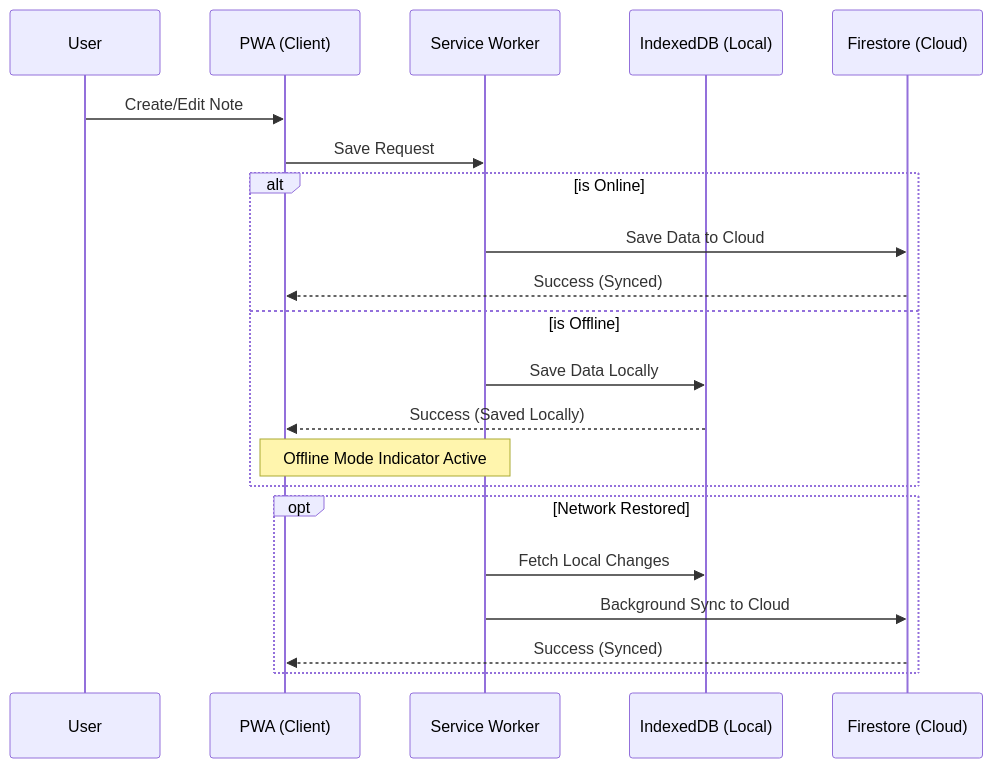
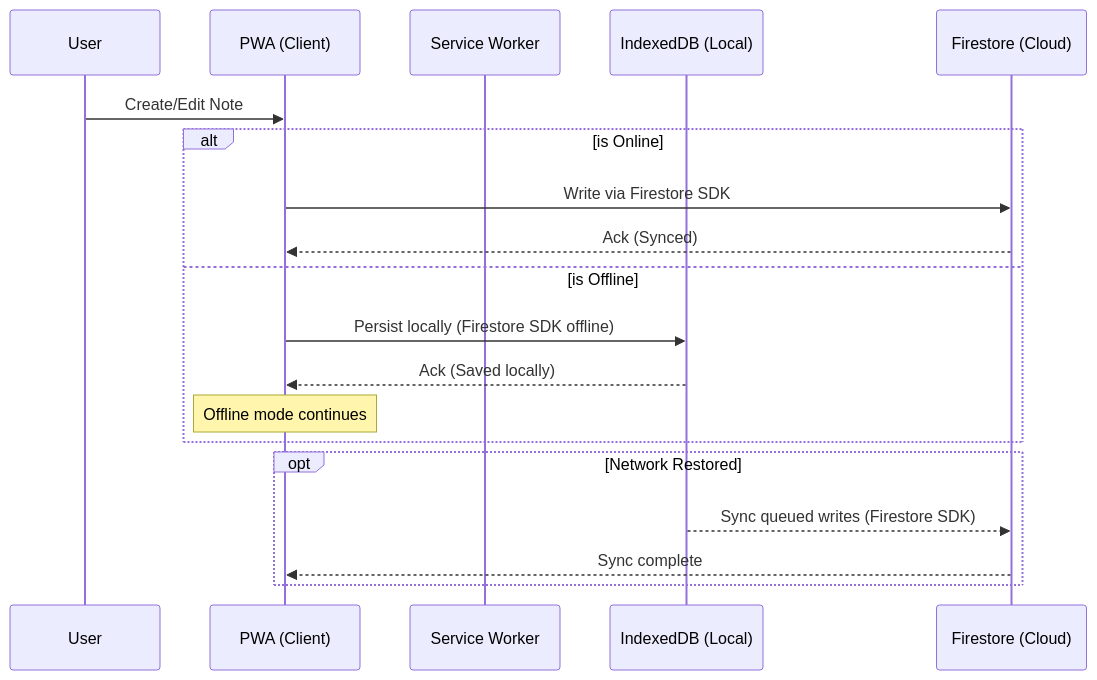
The second of 4 diagrams in README.md (Lint2016/notesBook), drawn with Mermaid before and after one commit. The commit also changed other lines of this file and 3 other files, not shown here.

Commit message:
app flow diagram modified

````diff
--- a/README.md
+++ b/README.md
@@ -66,25 +66,23 @@
 ```mermaid
 sequenceDiagram
     participant U as User
     participant P as PWA (Client)
     participant SW as Service Worker
     participant IDB as IndexedDB (Local)
     participant FS as Firestore (Cloud)
 
     U->>P: Create/Edit Note
-    P->>SW: Save Request
     alt is Online
-        SW->>FS: Save Data to Cloud
-        FS-->>P: Success (Synced)
+        P->>FS: Write via Firestore SDK
+        FS-->>P: Ack (Synced)
     else is Offline
-        SW->>IDB: Save Data Locally
-        IDB-->>P: Success (Saved Locally)
-        Note over P,SW: Offline Mode Indicator Active
+        P->>IDB: Persist locally (Firestore SDK offline)
+        IDB-->>P: Ack (Saved locally)
+        Note over P: Offline mode continues
     end
     
     opt Network Restored
-        SW->>IDB: Fetch Local Changes
-        SW->>FS: Background Sync to Cloud
-        FS-->>P: Success (Synced)
+        IDB-->>FS: Sync queued writes (Firestore SDK)
+        FS-->>P: Sync complete
     end
 ```
````
